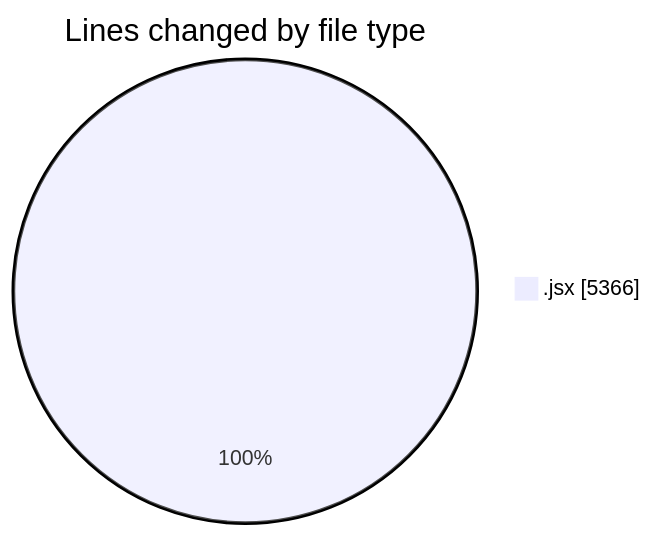
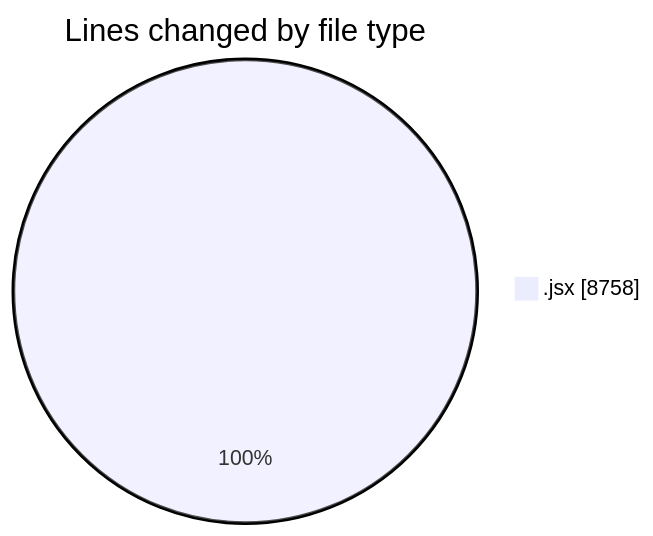
Before and after one commit to nxtqubesakshisongat/code-tracking: the first of 2 diagrams in 2025-05-26/nxtqube_webapp/README.md, drawn with Mermaid. The commit also changed other lines of this file and 1 other file, not shown here.

````diff
--- a/2025-05-26/nxtqube_webapp/README.md
+++ b/2025-05-26/nxtqube_webapp/README.md
@@ -22,5 +22,5 @@
 ```mermaid
 pie showData
 title Lines changed by file type
-".jsx" : 5366
+".jsx" : 8758
 ```
````
